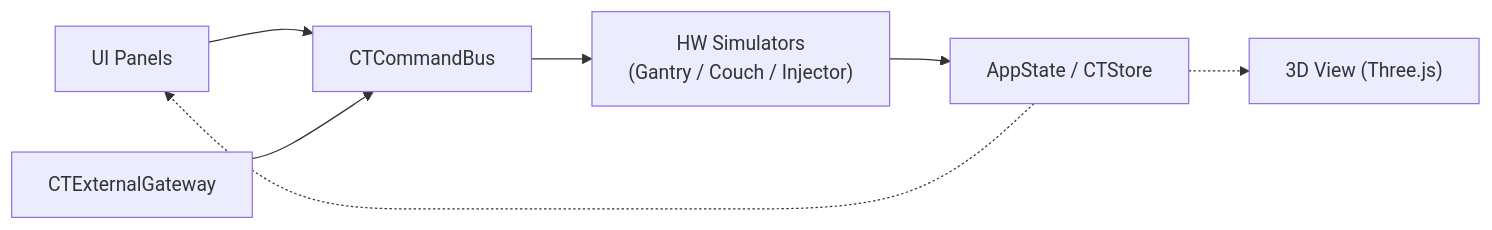
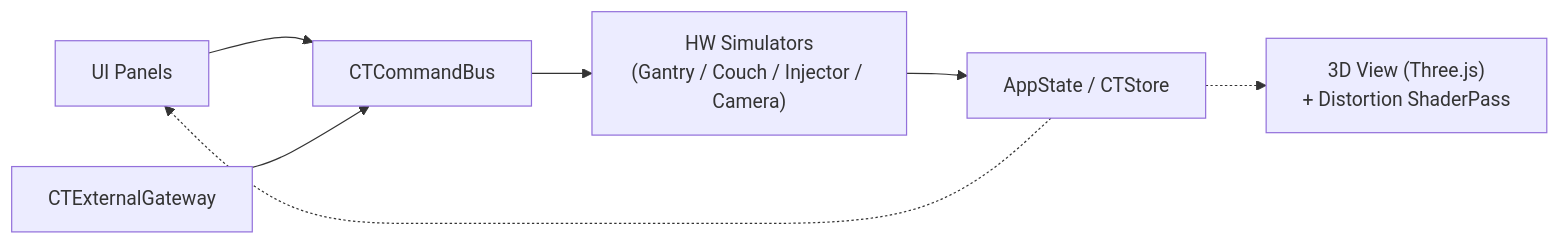
One commit to yskforest/sim_stream changed the diagram in README.md. Above: the diagram before and after it, drawn with Mermaid. The commit also changed other lines of this file and 5 other files, not shown here.

Commit message:
feat: implement command bus and camera simulation architecture with documentation and sample assets

````diff
--- a/README.md
+++ b/README.md
@@ -63,9 +79,9 @@
 ```mermaid
 flowchart LR
     UI["UI Panels"] --> BUS["CTCommandBus"]
     EXT["CTExternalGateway"] --> BUS
-    BUS --> HW["HW Simulators\n(Gantry / Couch / Injector)"]
+    BUS --> HW["HW Simulators\n(Gantry / Couch / Injector / Camera)"]
     HW --> ST["AppState / CTStore"]
     ST -.-> UI
-    ST -.-> View["3D View (Three.js)"]
+    ST -.-> View["3D View (Three.js)\n+ Distortion ShaderPass"]
 ```
````
